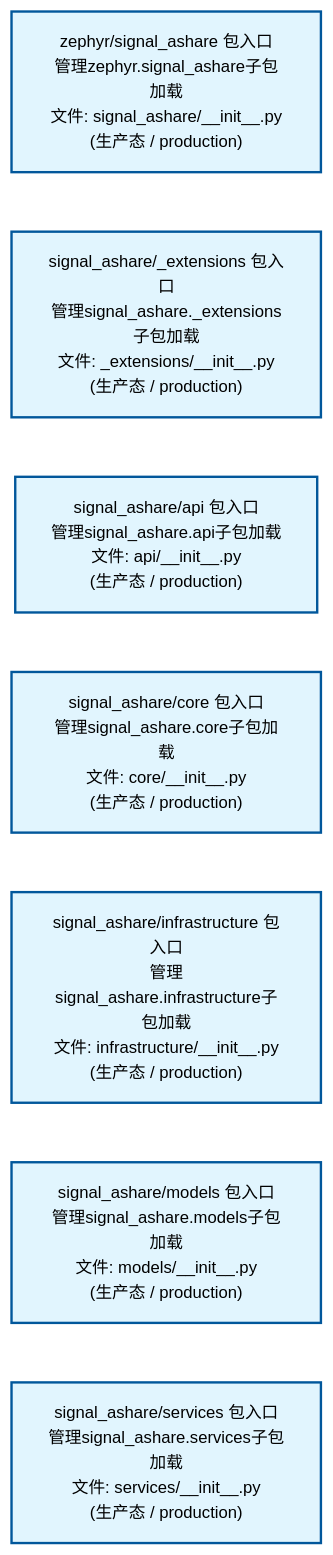
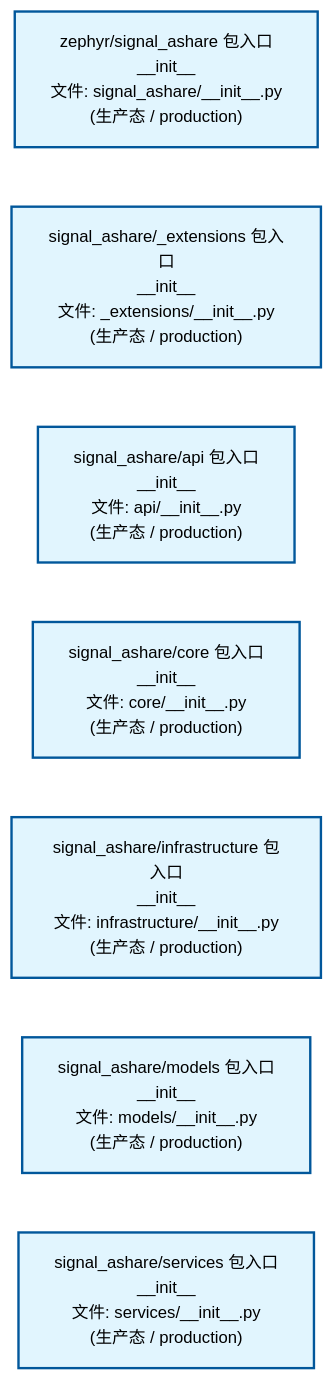
One commit to xuanFelixVan/ZephyrAlpha changed the second of 4 diagrams in docs/02_enterprise_architecture/02_domain_architecture_docs/32_d_ashare_signal.md. Above: the diagram before and after it, drawn with Mermaid. The commit also changed other lines of this file and 56 other files, not shown here.

````diff
--- a/docs/02_enterprise_architecture/02_domain_architecture_docs/32_d_ashare_signal.md
+++ b/docs/02_enterprise_architecture/02_domain_architecture_docs/32_d_ashare_signal.md
@@ -110,22 +110,22 @@
 ```mermaid
 %%{init: {'theme': 'base', 'themeVariables': {'primaryColor': '#eaeaea', 'primaryTextColor': '#333333', 'primaryBorderColor': '#666666', 'lineColor': '#666666', 'secondaryColor': '#eaeaea', 'tertiaryColor': '#eaeaea', 'fontSize': '14px'}}}%%
 flowchart TD
-    src_zephyr_signal_ashare_init_py["zephyr/signal_ashare 包入口<br/>管理zephyr.signal_ashare子包加载<br/>文件: signal_ashare/__init__.py<br/>(生产态 / production)"]
-    src_zephyr_signal_ashare_extensions_init_py["signal_ashare/_extensions 包入口<br/>管理signal_ashare._extensions子包加载<br/>文件: _extensions/__init__.py<br/>(生产态 / production)"]
-    src_zephyr_signal_ashare_api_init_py["signal_ashare/api 包入口<br/>管理signal_ashare.api子包加载<br/>文件: api/__init__.py<br/>(生产态 / production)"]
-    src_zephyr_signal_ashare_core_init_py["signal_ashare/core 包入口<br/>管理signal_ashare.core子包加载<br/>文件: core/__init__.py<br/>(生产态 / production)"]
-    src_zephyr_signal_ashare_infrastructure_init_py["signal_ashare/infrastructure 包入口<br/>管理signal_ashare.infrastructure子包加载<br/>文件: infrastructure/__init__.py<br/>(生产态 / production)"]
-    src_zephyr_signal_ashare_models_init_py["signal_ashare/models 包入口<br/>管理signal_ashare.models子包加载<br/>文件: models/__init__.py<br/>(生产态 / production)"]
-    src_zephyr_signal_ashare_services_init_py["signal_ashare/services 包入口<br/>管理signal_ashare.services子包加载<br/>文件: services/__init__.py<br/>(生产态 / production)"]
+    src_zephyr_signal_ashare_init_py["zephyr/signal_ashare 包入口<br/>__init__<br/>文件: signal_ashare/__init__.py<br/>(生产态 / production)"]
+    src_zephyr_signal_ashare_extensions_init_py["signal_ashare/_extensions 包入口<br/>__init__<br/>文件: _extensions/__init__.py<br/>(生产态 / production)"]
+    src_zephyr_signal_ashare_api_init_py["signal_ashare/api 包入口<br/>__init__<br/>文件: api/__init__.py<br/>(生产态 / production)"]
+    src_zephyr_signal_ashare_core_init_py["signal_ashare/core 包入口<br/>__init__<br/>文件: core/__init__.py<br/>(生产态 / production)"]
+    src_zephyr_signal_ashare_infrastructure_init_py["signal_ashare/infrastructure 包入口<br/>__init__<br/>文件: infrastructure/__init__.py<br/>(生产态 / production)"]
+    src_zephyr_signal_ashare_models_init_py["signal_ashare/models 包入口<br/>__init__<br/>文件: models/__init__.py<br/>(生产态 / production)"]
+    src_zephyr_signal_ashare_services_init_py["signal_ashare/services 包入口<br/>__init__<br/>文件: services/__init__.py<br/>(生产态 / production)"]
     src_zephyr_signal_ashare_init_py ~~~ src_zephyr_signal_ashare_extensions_init_py
     src_zephyr_signal_ashare_extensions_init_py ~~~ src_zephyr_signal_ashare_api_init_py
     src_zephyr_signal_ashare_api_init_py ~~~ src_zephyr_signal_ashare_core_init_py
     src_zephyr_signal_ashare_core_init_py ~~~ src_zephyr_signal_ashare_infrastructure_init_py
     src_zephyr_signal_ashare_infrastructure_init_py ~~~ src_zephyr_signal_ashare_models_init_py
     src_zephyr_signal_ashare_models_init_py ~~~ src_zephyr_signal_ashare_services_init_py
     classDef production fill:#e1f5fe,stroke:#01579b,stroke-width:2px,color:#000
     classDef design fill:#fff3e0,stroke:#e65100,stroke-width:2px,color:#000,stroke-dasharray: 5 5
     classDef external_prod fill:#e8f4fd,stroke:#0277bd,stroke-width:1px,color:#000
     classDef external_design fill:#fff8e7,stroke:#ef6c00,stroke-width:1px,color:#000,stroke-dasharray: 5 5
     class src_zephyr_signal_ashare_init_py,src_zephyr_signal_ashare_extensions_init_py,src_zephyr_signal_ashare_api_init_py,src_zephyr_signal_ashare_core_init_py,src_zephyr_signal_ashare_infrastructure_init_py,src_zephyr_signal_ashare_models_init_py,src_zephyr_signal_ashare_services_init_py production
 ```
````
